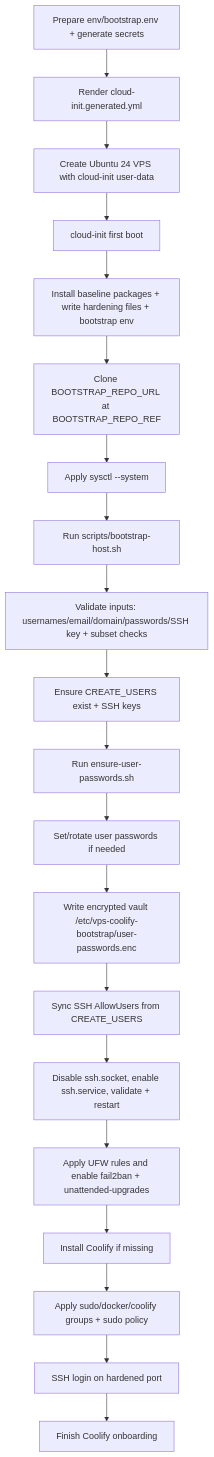
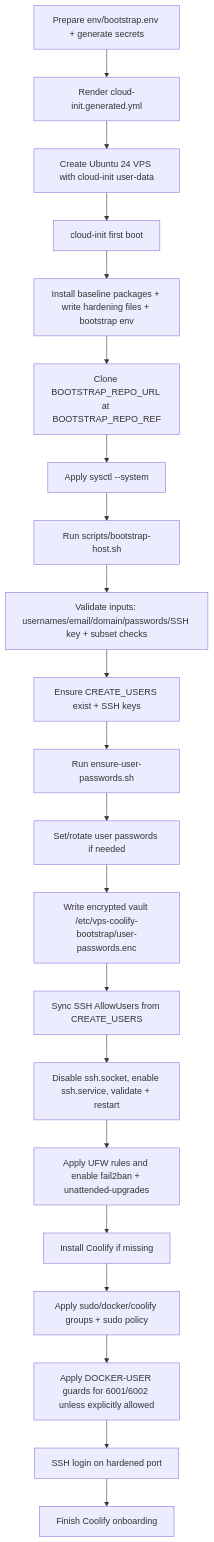
Before and after one commit to rigu/vps-coolify-bootstrap: the diagram in docs/bootstrap-flow.md, drawn with Mermaid. The commit also changed 7 other files, not shown here.

Commit message:
Harden replay SSH cleanup and Coolify realtime guards

````diff
--- a/docs/bootstrap-flow.md
+++ b/docs/bootstrap-flow.md
@@ -29,22 +29,23 @@
 ```mermaid
 flowchart TD
   A[Prepare env/bootstrap.env + generate secrets] --> B[Render cloud-init.generated.yml]
   B --> C[Create Ubuntu 24 VPS with cloud-init user-data]
   C --> D[cloud-init first boot]
   D --> E[Install baseline packages + write hardening files + bootstrap env]
   E --> F[Clone BOOTSTRAP_REPO_URL at BOOTSTRAP_REPO_REF]
   F --> G[Apply sysctl --system]
   G --> H[Run scripts/bootstrap-host.sh]
   H --> H1[Validate inputs: usernames/email/domain/passwords/SSH key + subset checks]
   H1 --> I[Ensure CREATE_USERS exist + SSH keys]
   I --> J[Run ensure-user-passwords.sh]
   J --> K[Set/rotate user passwords if needed]
   K --> L[Write encrypted vault /etc/vps-coolify-bootstrap/user-passwords.enc]
   L --> M[Sync SSH AllowUsers from CREATE_USERS]
   M --> N[Disable ssh.socket, enable ssh.service, validate + restart]
   N --> O[Apply UFW rules and enable fail2ban + unattended-upgrades]
   O --> P[Install Coolify if missing]
   P --> Q[Apply sudo/docker/coolify groups + sudo policy]
-  Q --> R[SSH login on hardened port]
-  R --> S[Finish Coolify onboarding]
+  Q --> R[Apply DOCKER-USER guards for 6001/6002 unless explicitly allowed]
+  R --> S[SSH login on hardened port]
+  S --> T[Finish Coolify onboarding]
 ```
````
